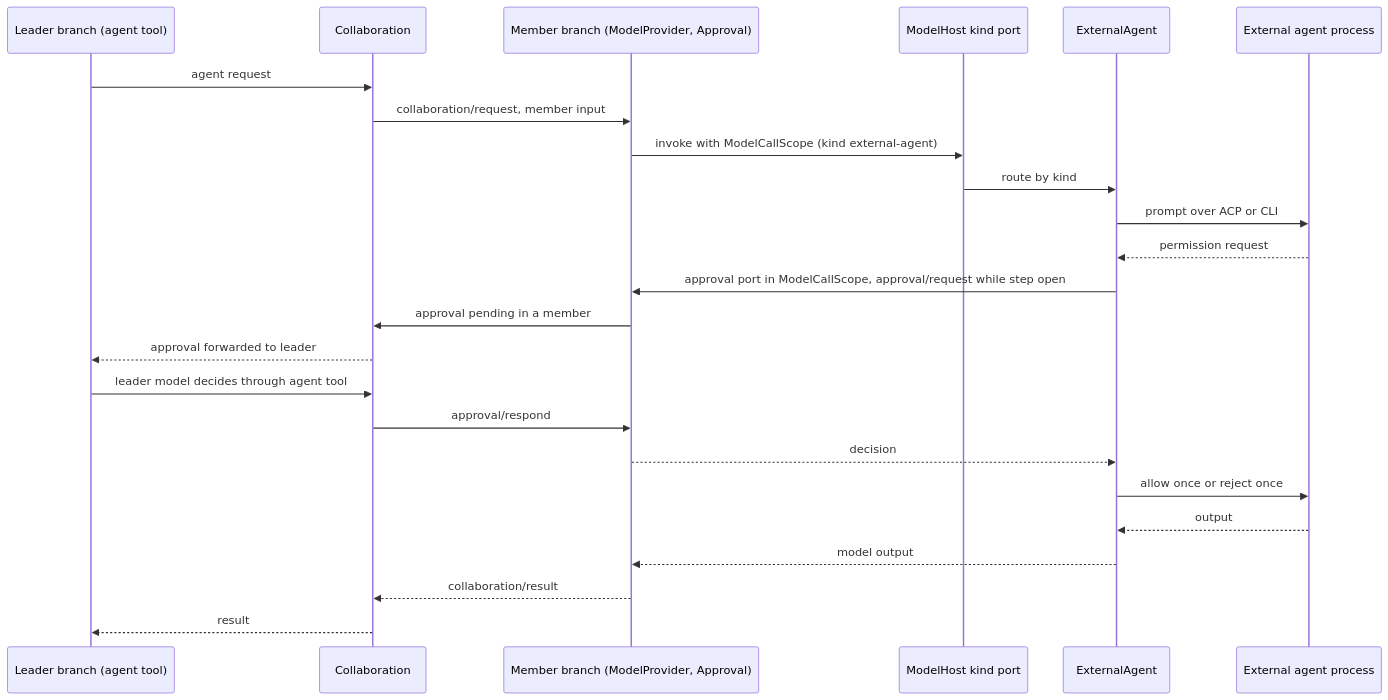
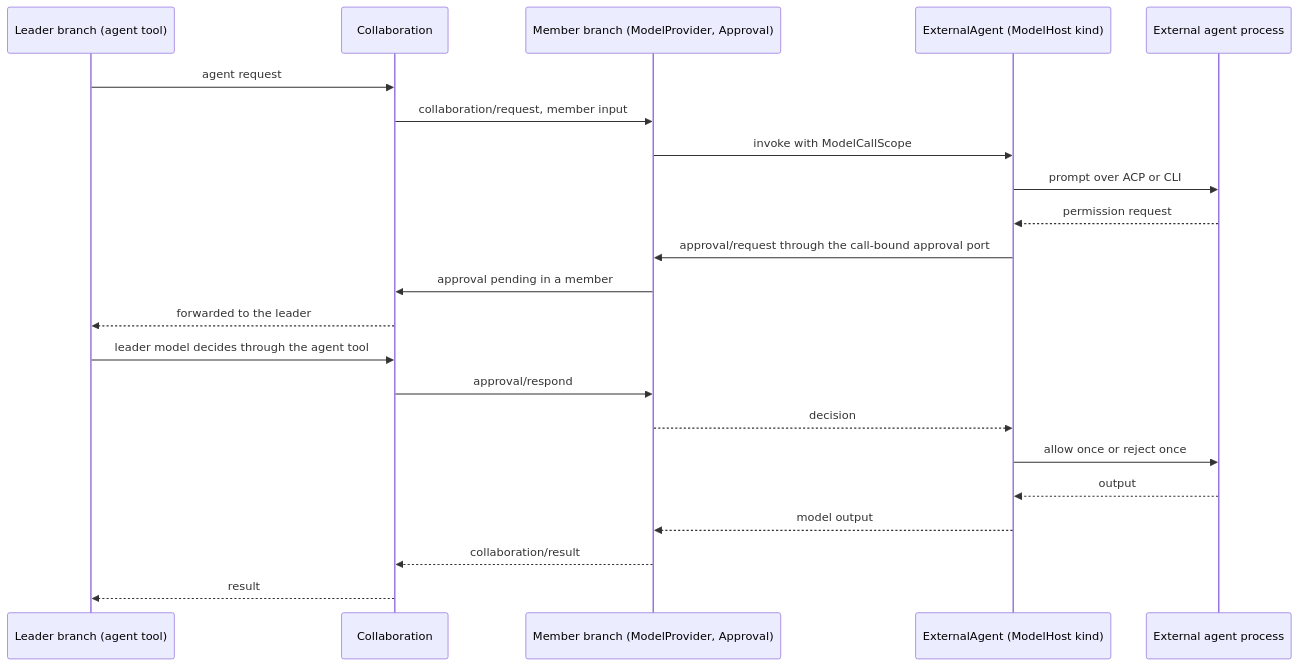
Before and after one commit to CoutinhoTTS/dim-agent: the eighth of 8 diagrams in docs/design/overview.md, drawn with Mermaid. The commit also changed other lines of this file and 16 other files, not shown here.

````diff
--- a/docs/design/overview.md
+++ b/docs/design/overview.md
@@ -270,26 +264,24 @@
 ```mermaid
 sequenceDiagram
   participant L as Leader branch (agent tool)
   participant C as Collaboration
   participant M as Member branch (ModelProvider, Approval)
-  participant MH as ModelHost kind port
-  participant X as ExternalAgent
+  participant X as ExternalAgent (ModelHost kind)
   participant EA as External agent process
   L->>C: agent request
   C->>M: collaboration/request, member input
-  M->>MH: invoke with ModelCallScope (kind external-agent)
-  MH->>X: route by kind
+  M->>X: invoke with ModelCallScope
   X->>EA: prompt over ACP or CLI
   EA-->>X: permission request
-  X->>M: approval port in ModelCallScope, approval/request while step open
+  X->>M: approval/request through the call-bound approval port
   M->>C: approval pending in a member
-  C-->>L: approval forwarded to leader
-  L->>C: leader model decides through agent tool
+  C-->>L: forwarded to the leader
+  L->>C: leader model decides through the agent tool
   C->>M: approval/respond
   M-->>X: decision
   X->>EA: allow once or reject once
   EA-->>X: output
   X-->>M: model output
   M-->>C: collaboration/result
   C-->>L: result
 ```
````
